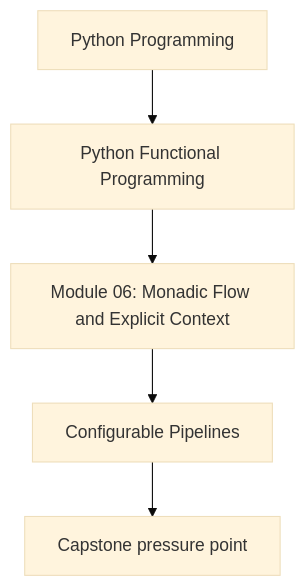
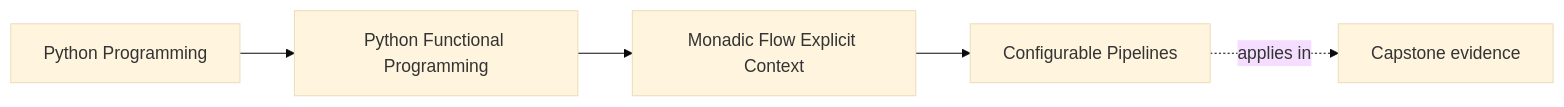
Before and after one commit to bijux/bijux-masterclass: the first of 2 diagrams in programs/python-programming/python-functional-programming/course-book/module-06-monadic-flow-explicit-context/configurable-pipelines.md, drawn with Mermaid (base theme). The commit also changed other lines of this file and 108 other files, not shown here.

Commit message:
docs(python-functional-programming): map capstone and advanced design surfaces

````diff
--- a/programs/python-programming/python-functional-programming/course-book/module-06-monadic-flow-explicit-context/configurable-pipelines.md
+++ b/programs/python-programming/python-functional-programming/course-book/module-06-monadic-flow-explicit-context/configurable-pipelines.md
@@ -7,7 +7,11 @@
 ```mermaid
-flowchart TD
-  family["Python Programming"] --> program["Python Functional Programming"]
-  program --> module["Module 06: Monadic Flow and Explicit Context"]
-  module --> concept["Configurable Pipelines"]
-  concept --> capstone["Capstone pressure point"]
+graph LR
+  family["Python Programming"]
+  program["Python Functional Programming"]
+  section["Monadic Flow Explicit Context"]
+  page["Configurable Pipelines"]
+  capstone["Capstone evidence"]
+
+  family --> program --> section --> page
+  page -.applies in.-> capstone
 ```
````
